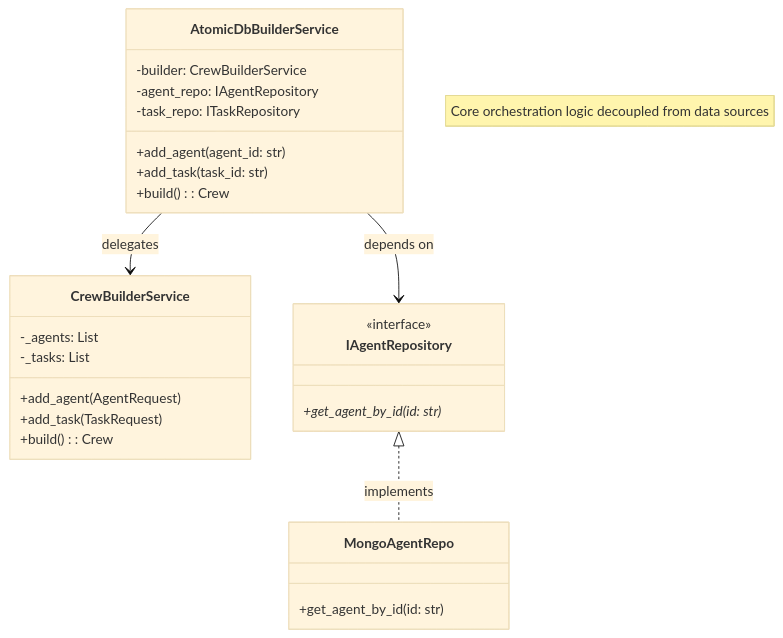
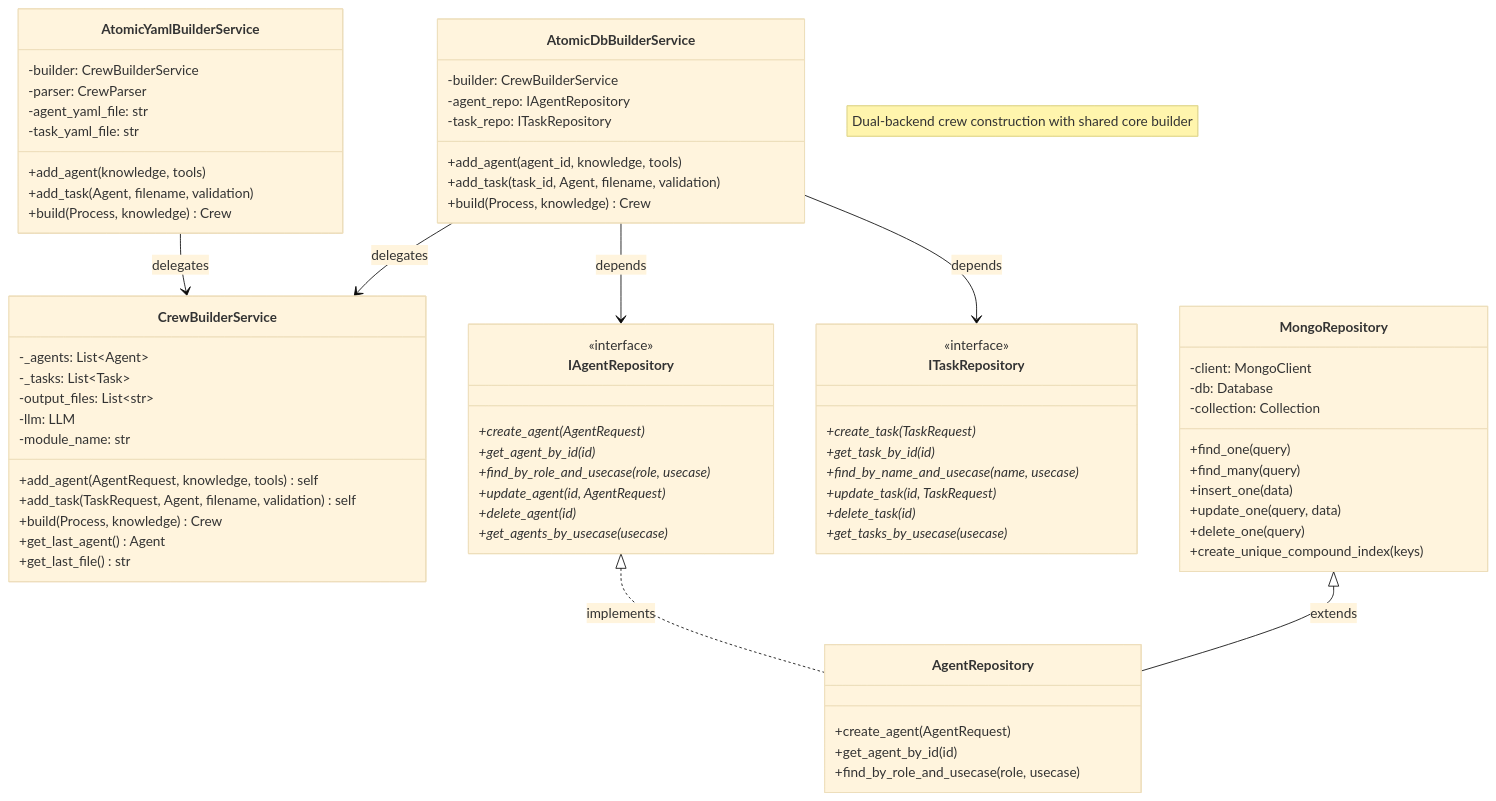
The second of 6 diagrams in docs/paper/modules/crew_forge/architecture.md (NikhilVijayakumar/Amsha), drawn with Mermaid before and after one commit. The commit also changed other lines of this file and 24 other files, not shown here.

````diff
--- a/docs/paper/modules/crew_forge/architecture.md
+++ b/docs/paper/modules/crew_forge/architecture.md
@@ -47,35 +104,82 @@
 ```mermaid
 %%{init: {'theme': 'base'}}%%
 classDiagram
-    note "Core orchestration logic decoupled from data sources"
-    
+    note "Dual-backend crew construction with shared core builder"
+
     class CrewBuilderService {
-        -_agents: List
-        -_tasks: List
-        +add_agent(AgentRequest)
-        +add_task(TaskRequest)
-        +build(): Crew
+        -_agents: List~Agent~
+        -_tasks: List~Task~
+        -output_files: List~str~
+        -llm: LLM
+        -module_name: str
+        +add_agent(AgentRequest, knowledge, tools) self
+        +add_task(TaskRequest, Agent, filename, validation) self
+        +build(Process, knowledge) Crew
+        +get_last_agent() Agent
+        +get_last_file() str
     }
 
     class AtomicDbBuilderService {
         -builder: CrewBuilderService
         -agent_repo: IAgentRepository
         -task_repo: ITaskRepository
-        +add_agent(agent_id: str)
-        +add_task(task_id: str)
-        +build(): Crew
+        +add_agent(agent_id, knowledge, tools)
+        +add_task(task_id, Agent, filename, validation)
+        +build(Process, knowledge) Crew
+    }
+
+    class AtomicYamlBuilderService {
+        -builder: CrewBuilderService
+        -parser: CrewParser
+        -agent_yaml_file: str
+        -task_yaml_file: str
+        +add_agent(knowledge, tools)
+        +add_task(Agent, filename, validation)
+        +build(Process, knowledge) Crew
     }
 
     class IAgentRepository {
         <<interface>>
-        +get_agent_by_id(id: str)*
+        +create_agent(AgentRequest)*
+        +get_agent_by_id(id)*
+        +find_by_role_and_usecase(role, usecase)*
+        +update_agent(id, AgentRequest)*
+        +delete_agent(id)*
+        +get_agents_by_usecase(usecase)*
     }
 
-    class MongoAgentRepo {
-        +get_agent_by_id(id: str)
+    class ITaskRepository {
+        <<interface>>
+        +create_task(TaskRequest)*
+        +get_task_by_id(id)*
+        +find_by_name_and_usecase(name, usecase)*
+        +update_task(id, TaskRequest)*
+        +delete_task(id)*
+        +get_tasks_by_usecase(usecase)*
+    }
+
+    class MongoRepository {
+        -client: MongoClient
+        -db: Database
+        -collection: Collection
+        +find_one(query)
+        +find_many(query)
+        +insert_one(data)
+        +update_one(query, data)
+        +delete_one(query)
+        +create_unique_compound_index(keys)
+    }
+
+    class AgentRepository {
+        +create_agent(AgentRequest)
+        +get_agent_by_id(id)
+        +find_by_role_and_usecase(role, usecase)
     }
 
     AtomicDbBuilderService --> CrewBuilderService : delegates
-    AtomicDbBuilderService --> IAgentRepository : depends on
-    IAgentRepository <|.. MongoAgentRepo : implements
+    AtomicYamlBuilderService --> CrewBuilderService : delegates
+    AtomicDbBuilderService --> IAgentRepository : depends
+    AtomicDbBuilderService --> ITaskRepository : depends
+    IAgentRepository <|.. AgentRepository : implements
+    MongoRepository <|-- AgentRepository : extends
 ```
````
